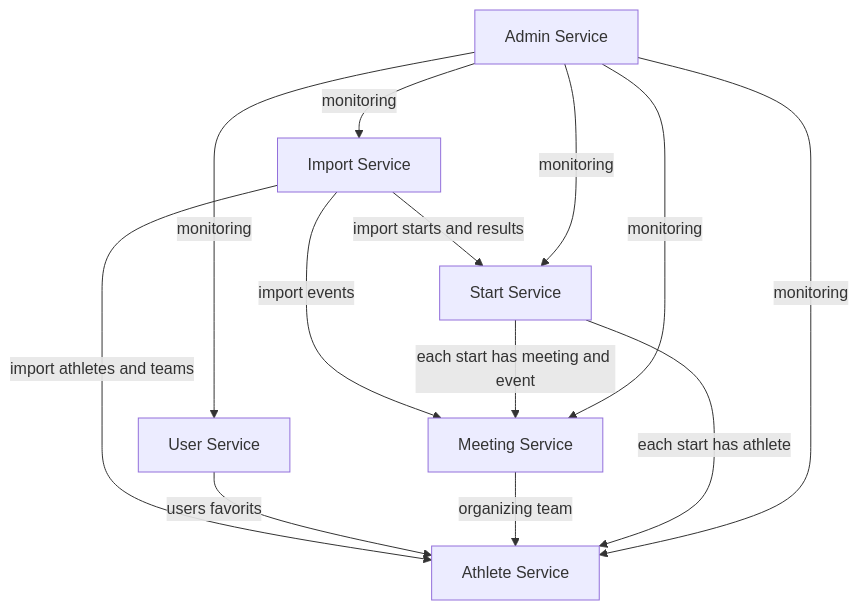
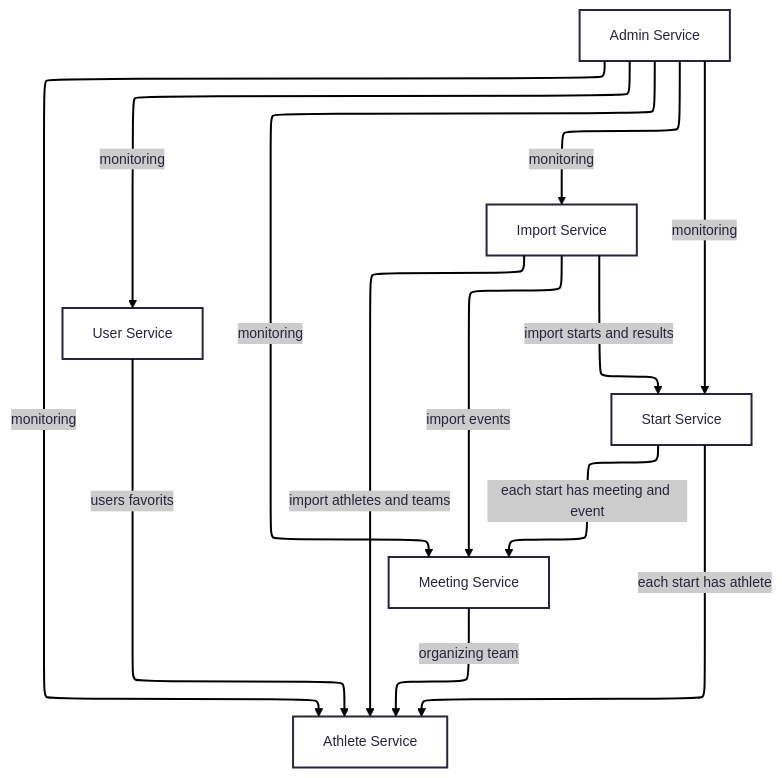
Before and after one commit to SwimResults/SwimResults: the diagram in README.md, drawn with Mermaid.

````diff
--- a/README.md
+++ b/README.md
@@ -120,22 +120,27 @@
 ```mermaid
+---
+config:
+  theme: redux
+  layout: elk
+---
 flowchart TD
     A[Import Service]
     B[Athlete Service]
     C[User Service]
     D[Meeting Service]
     E[Start Service]
     F[Admin Service]
     
     A --> |import events| D
     A --> |import athletes and teams| B
     A --> |import starts and results| E
     C --> |users favorits| B
     D --> |organizing team| B
     E --> |each start has athlete| B
     E --> |each start has meeting and event| D
     F --> |monitoring| A
     F --> |monitoring| B
     F --> |monitoring| C
     F --> |monitoring| D
     F --> |monitoring| E
 ```
````
